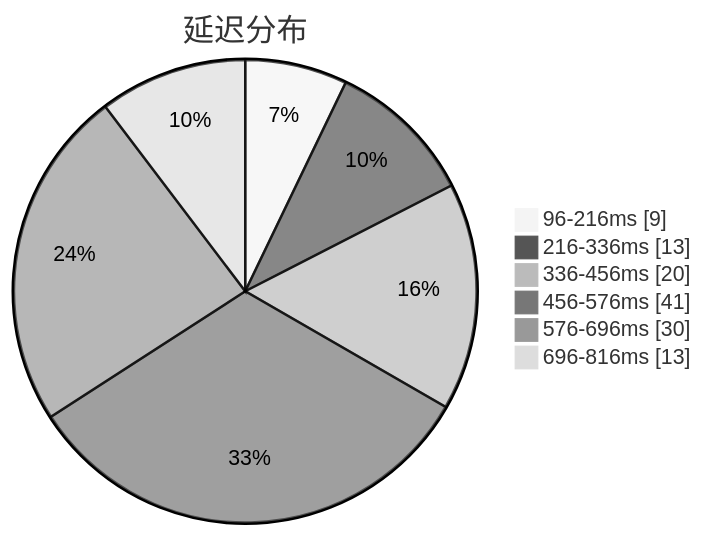
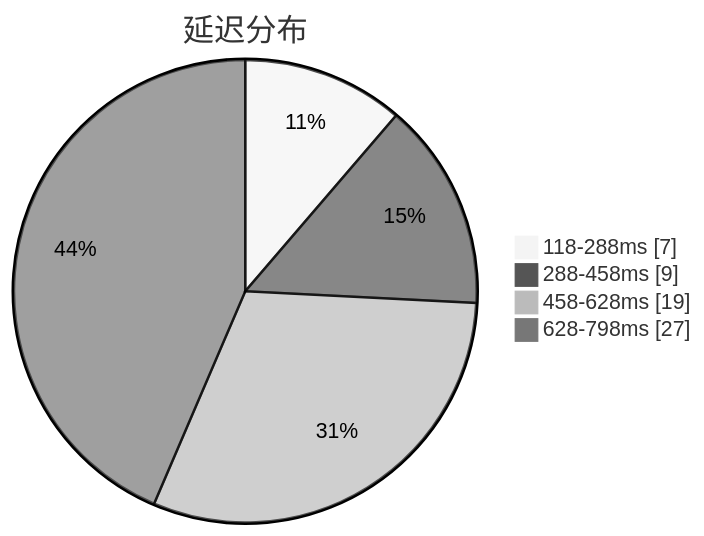
One commit to sinspired/airport changed the first of 3 diagrams in subs/statistics/tested_within.md. Above: the diagram before and after it, drawn with Mermaid (neutral theme). The commit also changed other lines of this file and 2 other files, not shown here.

````diff
--- a/subs/statistics/tested_within.md
+++ b/subs/statistics/tested_within.md
@@ -2,10 +2,8 @@
 ```mermaid
 pie showData
 title 延迟分布
-"96-216ms" : 9
-"216-336ms" : 13
-"336-456ms" : 20
-"456-576ms" : 41
-"576-696ms" : 30
-"696-816ms" : 13
+"118-288ms" : 7
+"288-458ms" : 9
+"458-628ms" : 19
+"628-798ms" : 27
 ```
````
